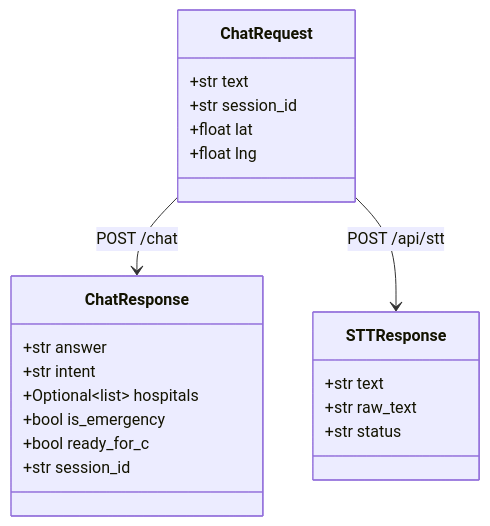
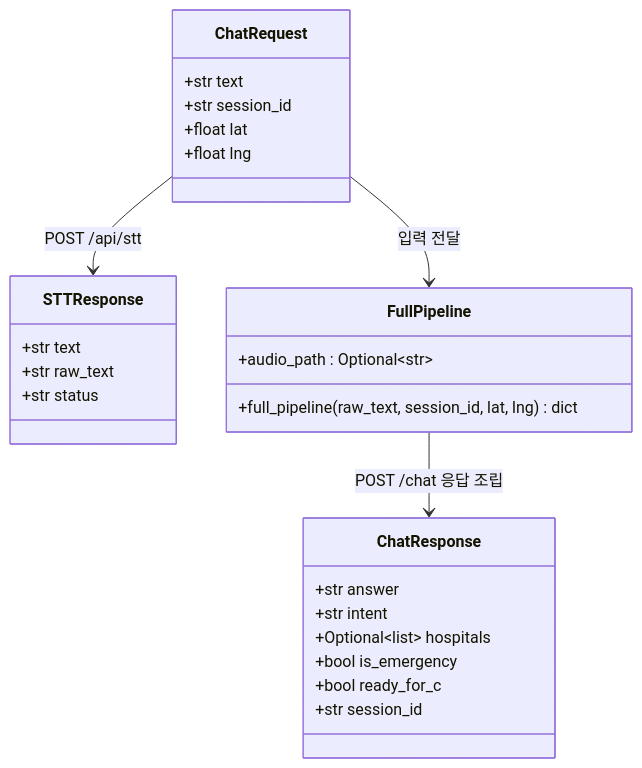
Before and after one commit to lg-hellovision-dx-data-school/LGHelloDoctor: the first of 8 diagrams in docs/diagrams.md, drawn with Mermaid. The commit also changed other lines of this file, not shown here.

First line of the commit message:
fix: 다이어그램 오류 수정 (응급 흐름, full_pipeline, ChatResponse)

````diff
--- a/docs/diagrams.md
+++ b/docs/diagrams.md
@@ -21,27 +21,33 @@
 ```mermaid
 classDiagram
     class ChatRequest {
         +str text
         +str session_id
         +float lat
         +float lng
     }
 
     class ChatResponse {
         +str answer
         +str intent
         +Optional~list~ hospitals
         +bool is_emergency
         +bool ready_for_c
         +str session_id
     }
 
     class STTResponse {
         +str text
         +str raw_text
         +str status
     }
 
-    ChatRequest --> ChatResponse : POST /chat
+    class FullPipeline {
+        +full_pipeline(raw_text, session_id, lat, lng) dict
+        +audio_path : Optional~str~
+    }
+
+    ChatRequest --> FullPipeline : 입력 전달
+    FullPipeline --> ChatResponse : POST /chat 응답 조립
     ChatRequest --> STTResponse : POST /api/stt
 ```
````
